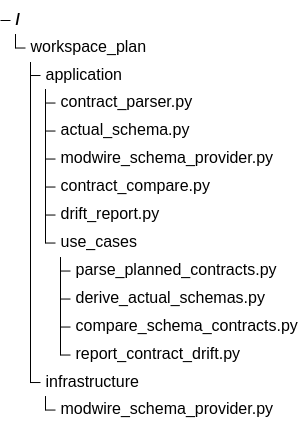
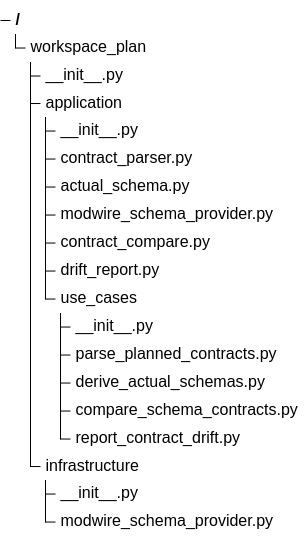
The third of 3 diagrams in .enclosure/plans/planning-workflow/epics/schema-contract-verification/SCHEMAS.md (9orky/enclosure), drawn with Mermaid before and after one commit. The commit also changed other lines of this file and 30 other files, not shown here.

````diff
--- a/.enclosure/plans/planning-workflow/epics/schema-contract-verification/SCHEMAS.md
+++ b/.enclosure/plans/planning-workflow/epics/schema-contract-verification/SCHEMAS.md
@@ -146,19 +150,23 @@
 ```mermaid
 %% contract: files
 %%{init: {"theme": "base", "themeVariables": {"labelColor": "#172033", "lineColor": "#64748b"}}}%%
 treeView-beta
   "workspace_plan"
+    "__init__.py"
     "application"
+      "__init__.py"
       "contract_parser.py"
       "actual_schema.py"
       "modwire_schema_provider.py"
       "contract_compare.py"
       "drift_report.py"
       "use_cases"
+        "__init__.py"
         "parse_planned_contracts.py"
         "derive_actual_schemas.py"
         "compare_schema_contracts.py"
         "report_contract_drift.py"
     "infrastructure"
+      "__init__.py"
       "modwire_schema_provider.py"
 ```
````
